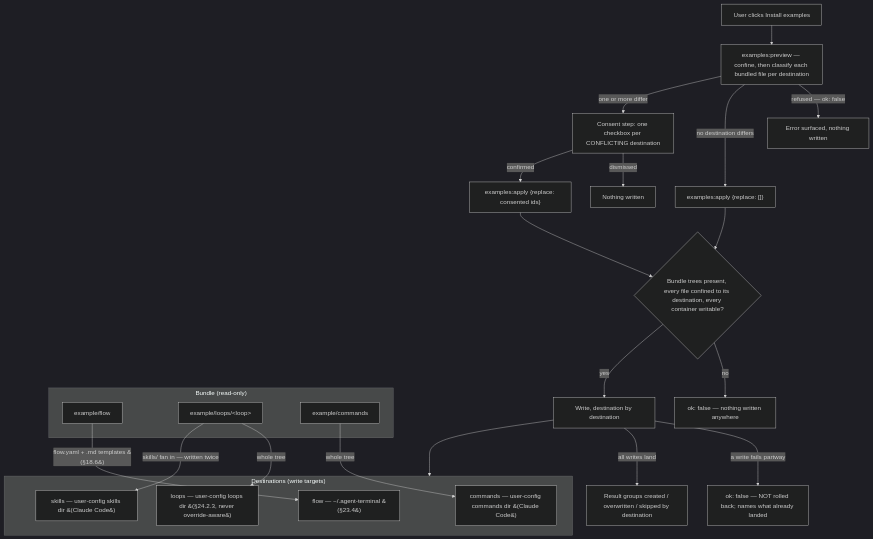
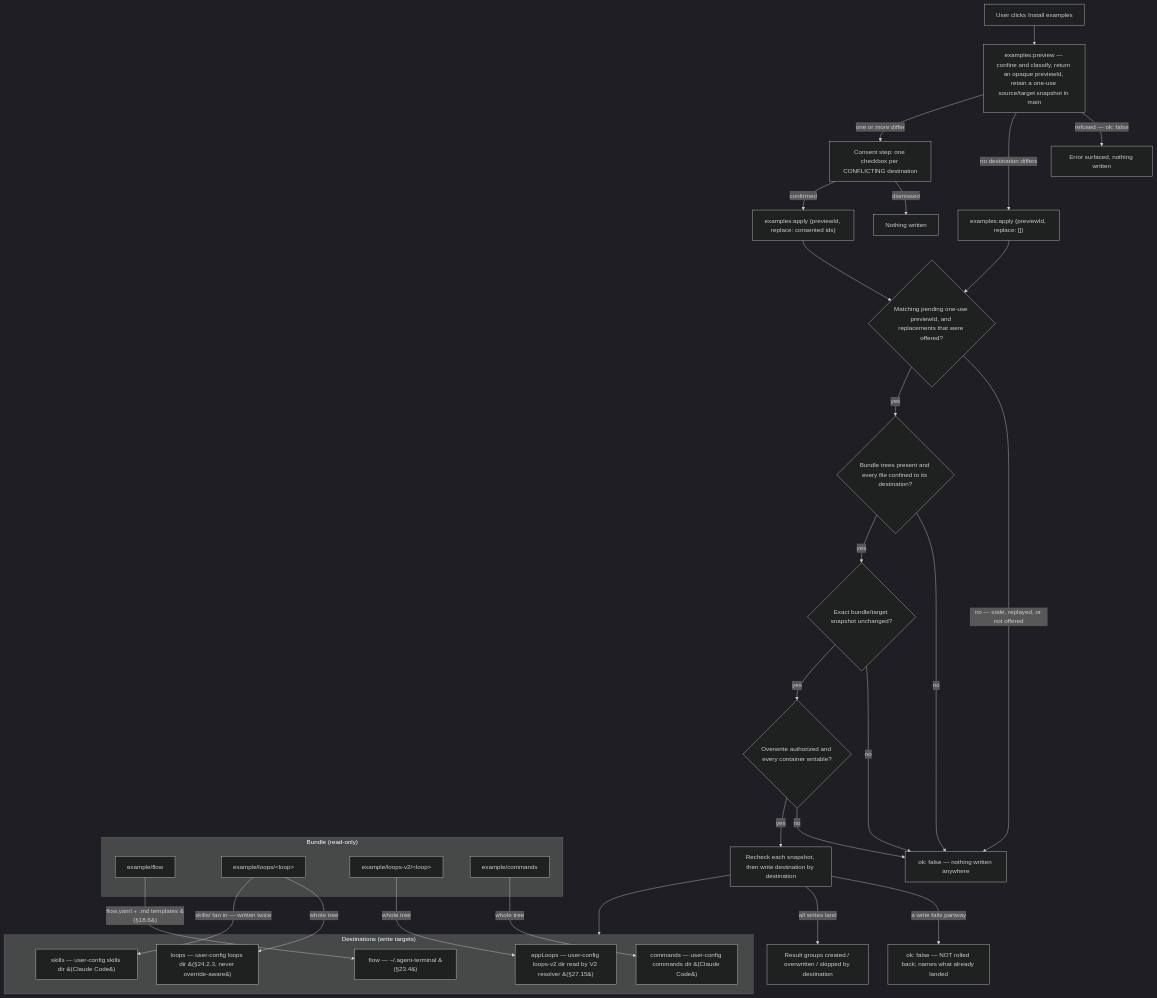
The diagram in docs/spec/18-flow-definitions-flow-yaml.md (dylanb/agent-terminal), drawn with Mermaid (dark theme) before and after one commit. The commit also changed other lines of this file and 69 other files, not shown here.

First line of the commit message:
N6 ST3: confirm-first wipe, shipped-flow migration, and relaunch (#90)

````diff
--- a/docs/spec/18-flow-definitions-flow-yaml.md
+++ b/docs/spec/18-flow-definitions-flow-yaml.md
@@ -18,34 +19,43 @@
 ```mermaid
 flowchart TD
-  CLICK["User clicks Install examples"] --> PREVIEW["examples:preview — confine, then classify each bundled file per destination"]
+  CLICK["User clicks Install examples"] --> PREVIEW["examples:preview — confine and classify, return an opaque previewId, retain a one-use source/target snapshot in main"]
   PREVIEW -->|"refused — ok: false"| PERR["Error surfaced, nothing written"]
-  PREVIEW -->|"no destination differs"| APPLY["examples:apply {replace: []}"]
+  PREVIEW -->|"no destination differs"| APPLY["examples:apply {previewId, replace: []}"]
   PREVIEW -->|"one or more differ"| CONSENT["Consent step: one checkbox per CONFLICTING destination"]
   CONSENT -->|"dismissed"| NOOP["Nothing written"]
-  CONSENT -->|"confirmed"| APPLY2["examples:apply {replace: consented ids}"]
-  APPLY --> GATE{"Bundle trees present, every file confined to its destination, every container writable?"}
-  APPLY2 --> GATE
-  GATE -->|"no"| REFUSE["ok: false — nothing written anywhere"]
-  GATE -->|"yes"| WRITE["Write, destination by destination"]
+  CONSENT -->|"confirmed"| APPLY2["examples:apply {previewId, replace: consented ids}"]
+  APPLY --> AUTH{"Matching pending one-use previewId, and replacements that were offered?"}
+  APPLY2 --> AUTH
+  AUTH -->|"no — stale, replayed, or not offered"| REFUSE
+  AUTH -->|"yes"| RESOLVE{"Bundle trees present and every file confined to its destination?"}
+  RESOLVE -->|"no"| REFUSE["ok: false — nothing written anywhere"]
+  RESOLVE -->|"yes"| VERIFY{"Exact bundle/target snapshot unchanged?"}
+  VERIFY -->|"no"| REFUSE
+  VERIFY -->|"yes"| GATE{"Overwrite authorized and every container writable?"}
+  GATE -->|"no"| REFUSE
+  GATE -->|"yes"| WRITE["Recheck each snapshot, then write destination by destination"]
   WRITE -->|"a write fails partway"| PARTIAL["ok: false — NOT rolled back; names what already landed"]
   WRITE -->|"all writes land"| RESULT["Result groups created / overwritten / skipped by destination"]
 
   subgraph BUNDLE["Bundle (read-only)"]
     BF["example/flow"]
     BL["example/loops/&lt;loop&gt;"]
+    BV["example/loops-v2/&lt;loop&gt;"]
     BC["example/commands"]
   end
 
   subgraph DEST["Destinations (write targets)"]
     DF["flow — ~/.agent-terminal &#40;§23.4&#41;"]
+    DV["appLoops — user-config loops-v2 dir read by V2 resolver &#40;§27.15&#41;"]
     DL["loops — user-config loops dir &#40;§24.2.3, never override-aware&#41;"]
     DS["skills — user-config skills dir &#40;Claude Code&#41;"]
     DC["commands — user-config commands dir &#40;Claude Code&#41;"]
   end
 
   WRITE --> DEST
   BF -->|"flow.yaml + .md templates &#40;§18.6&#41;"| DF
   BL -->|"whole tree"| DL
+  BV -->|"whole tree"| DV
   BL -->|"skills/ fan in — written twice"| DS
   BC -->|"whole tree"| DC
 ```
````
